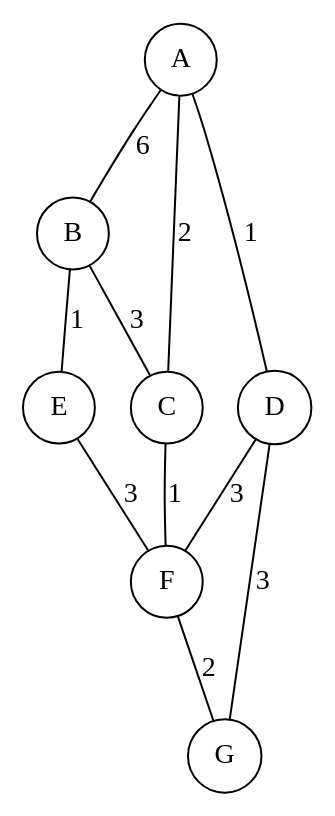
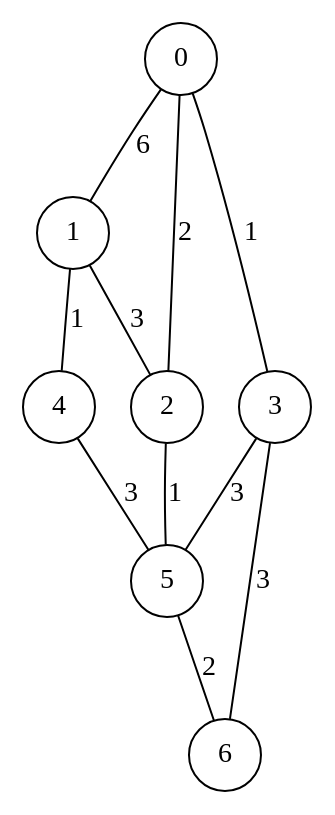
Before and after one commit to palmerc/lab: the diagram in classes/csce3110/project/figs/original.dot, drawn with Graphviz. The commit also changed 1 other file, not shown here.

Commit message:
graph progress

```diff
--- a/classes/csce3110/project/figs/original.dot
+++ b/classes/csce3110/project/figs/original.dot
@@ -1,14 +1,14 @@
 graph G
 {
   node [ shape = circle ];
-  A -- B [label="6"]
-  A -- C [label="2"]
-  A -- D [label="1"]
-  B -- C [label="3"]
-  B -- E [label="1"]
-  C -- F [label="1"]
-  D -- F [label="3"]
-  D -- G [label="3"]
-  E -- F [label="3"]
-  F -- G [label="2"]
+  0 -- 1 [label="6"]
+  0 -- 2 [label="2"]
+  0 -- 3 [label="1"]
+  1 -- 2 [label="3"]
+  1 -- 4 [label="1"]
+  2 -- 5 [label="1"]
+  3 -- 5 [label="3"]
+  3 -- 6 [label="3"]
+  4 -- 5 [label="3"]
+  5 -- 6 [label="2"]
 }
```
